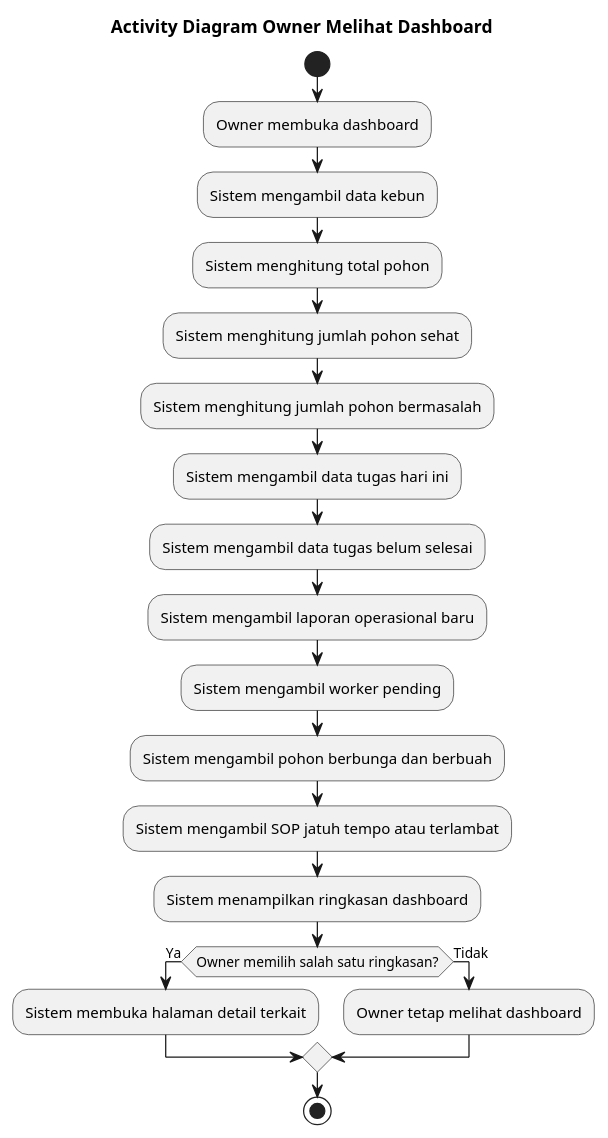
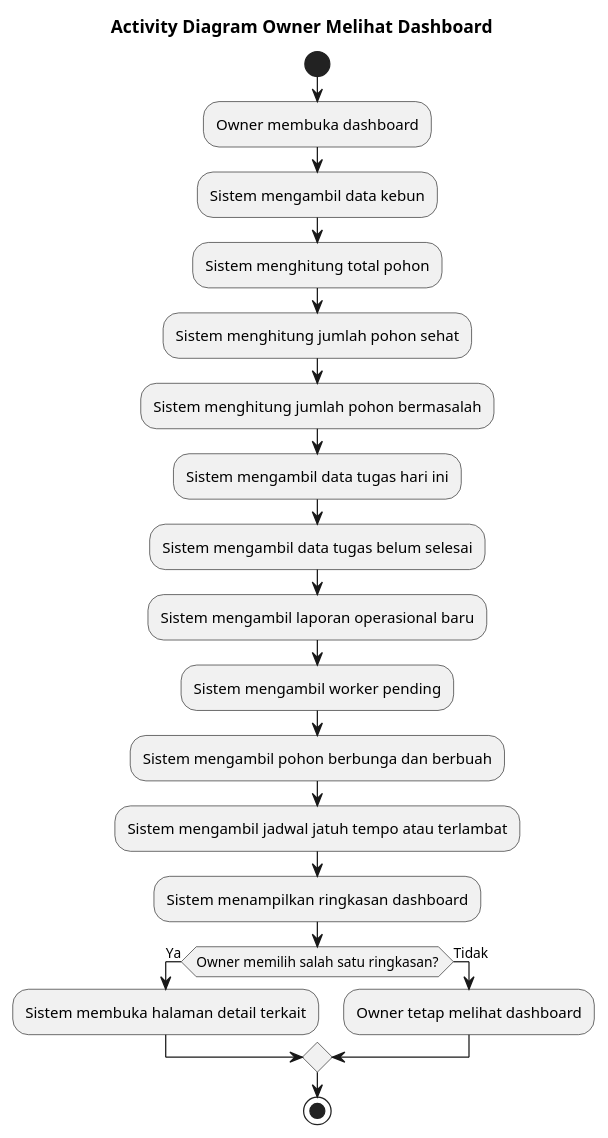
One commit to LittleBoss119/avology-mobile-2 changed diagram 12 of 12 in docs/keep/source-of-truth/08-activity-diagram.md. Above: the diagram before and after it, drawn with PlantUML. The commit also changed other lines of this file and 49 other files, not shown here.

````diff
--- a/docs/keep/source-of-truth/08-activity-diagram.md
+++ b/docs/keep/source-of-truth/08-activity-diagram.md
@@ -543,28 +527,28 @@
 ```plantuml
 @startuml
 title Activity Diagram Owner Melihat Dashboard
 
 start
 
 :Owner membuka dashboard;
 :Sistem mengambil data kebun;
 :Sistem menghitung total pohon;
 :Sistem menghitung jumlah pohon sehat;
 :Sistem menghitung jumlah pohon bermasalah;
 :Sistem mengambil data tugas hari ini;
 :Sistem mengambil data tugas belum selesai;
 :Sistem mengambil laporan operasional baru;
 :Sistem mengambil worker pending;
 :Sistem mengambil pohon berbunga dan berbuah;
-:Sistem mengambil SOP jatuh tempo atau terlambat;
+:Sistem mengambil jadwal jatuh tempo atau terlambat;
 :Sistem menampilkan ringkasan dashboard;
 
 if (Owner memilih salah satu ringkasan?) then (Ya)
   :Sistem membuka halaman detail terkait;
 else (Tidak)
   :Owner tetap melihat dashboard;
 endif
 
 stop
 @enduml
 ```
````
